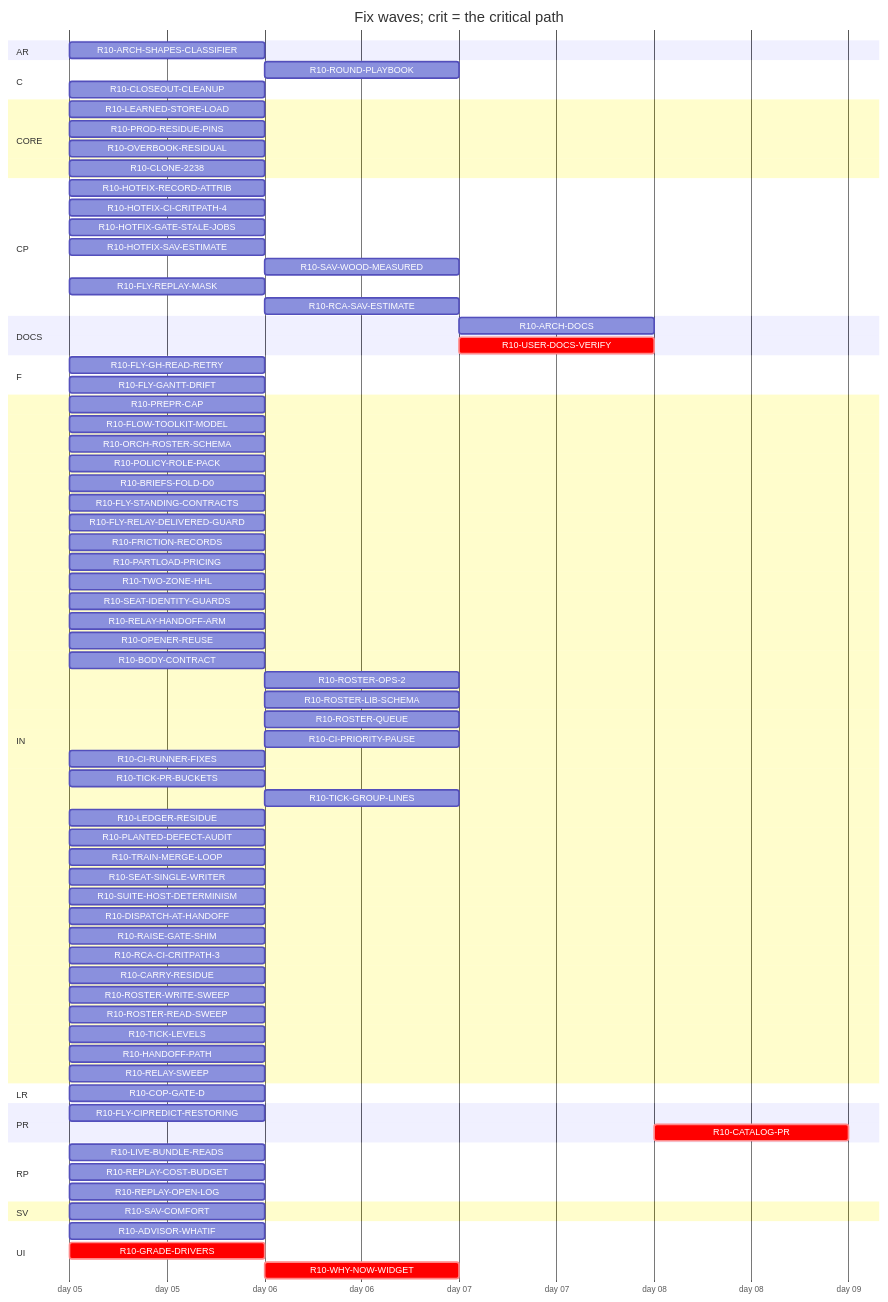
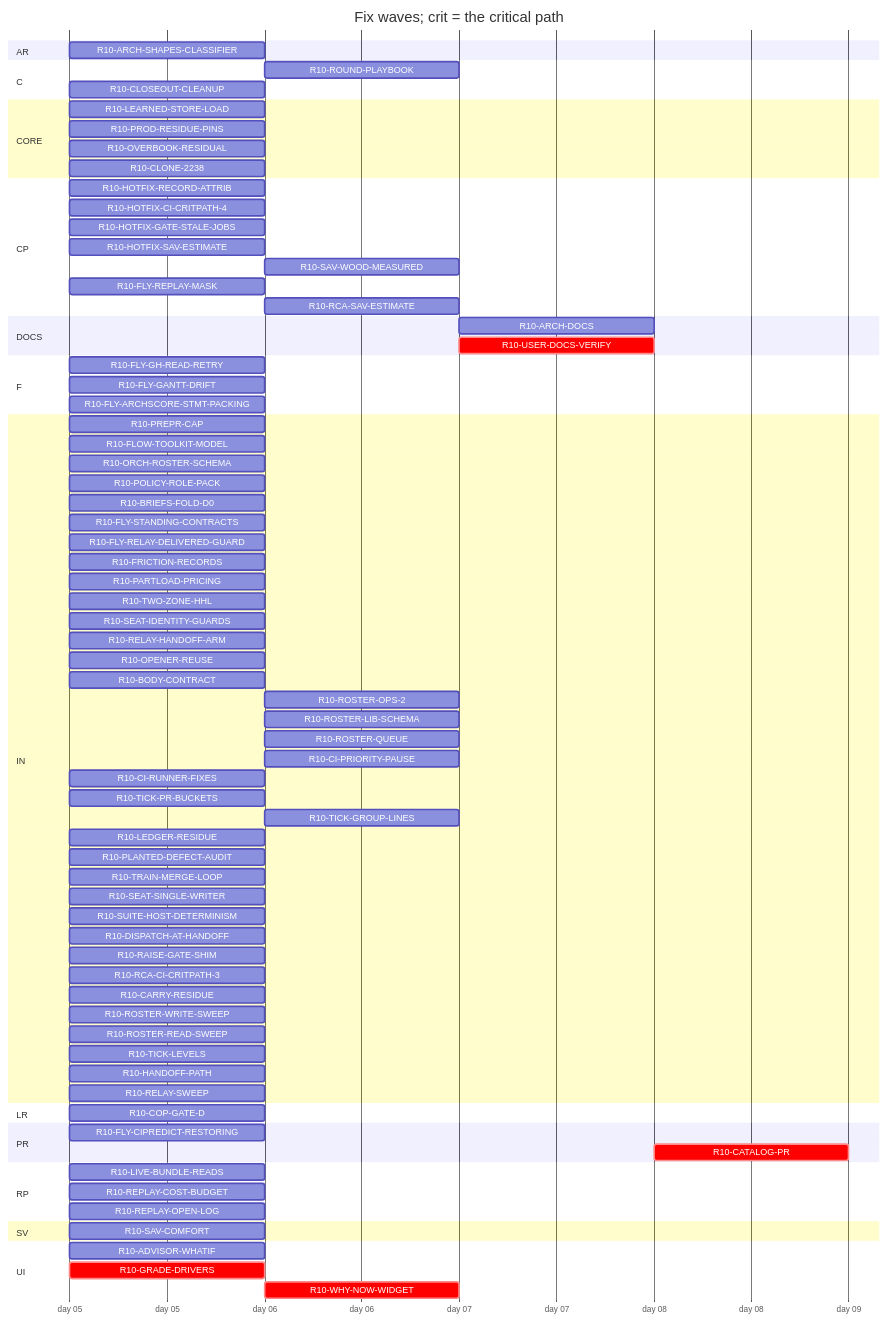
One commit to tvofi/heatpump_optimizer changed the diagram in handoff/round10/state/PLAN-TABLE.md. Above: the diagram before and after it, drawn with Mermaid. The commit also changed other lines of this file and 4 other files, not shown here.

Commit message:
state: FLOW-BOARD.md, NEXT-SESSION-PROMPT.md, PLAN-TABLE.md, PLAN.html, RESUME-CURRENT.md regenerated (state_docs.py)

````diff
--- a/handoff/round10/state/PLAN-TABLE.md
+++ b/handoff/round10/state/PLAN-TABLE.md
@@ -25,81 +25,82 @@
 ```mermaid
 gantt
   title Fix waves; crit = the critical path
   dateFormat YYYY-MM-DD
   axisFormat day %d
   section AR
     R10-ARCH-SHAPES-CLASSIFIER :r10ARCHSHAPESCLASSIFIER, 2026-01-05, 1d
   section C
     R10-ROUND-PLAYBOOK :r10ROUNDPLAYBOOK, after r10PREPRCAP r10HANDOFFPATH r10RELAYSWEEP r10TRAINMERGELOOP r10DISPATCHATHANDOFF r10BODYCONTRACT r10TICKLEVELS r10CIPRIORITYPAUSE r10ROSTERWRITESWEEP r10ROSTERREADSWEEP r10FLYSTANDINGCONTRACTS r10POLICYROLEPACK r10FRICTIONRECORDS r10FLOWTOOLKITMODEL r10SEATIDENTITYGUARDS r10LEDGERRESIDUE r10CIRUNNERFIXES r10FLYCIPREDICTRESTORING r10RAISEGATESHIM r10PLANTEDDEFECTAUDIT r10FLYGHREADRETRY r10SUITEHOSTDETERMINISM, 1d
     R10-CLOSEOUT-CLEANUP :r10CLOSEOUTCLEANUP, 2026-01-05, 1d
   section CORE
     R10-LEARNED-STORE-LOAD :r10LEARNEDSTORELOAD, 2026-01-05, 1d
     R10-PROD-RESIDUE-PINS :r10PRODRESIDUEPINS, 2026-01-05, 1d
     R10-OVERBOOK-RESIDUAL :r10OVERBOOKRESIDUAL, 2026-01-05, 1d
     R10-CLONE-2238 :r10CLONE2238, 2026-01-05, 1d
   section CP
     R10-HOTFIX-RECORD-ATTRIB :r10HOTFIXRECORDATTRIB, 2026-01-05, 1d
     R10-HOTFIX-CI-CRITPATH-4 :r10HOTFIXCICRITPATH4, 2026-01-05, 1d
     R10-HOTFIX-GATE-STALE-JOBS :r10HOTFIXGATESTALEJOBS, 2026-01-05, 1d
     R10-HOTFIX-SAV-ESTIMATE :r10HOTFIXSAVESTIMATE, 2026-01-05, 1d
     R10-SAV-WOOD-MEASURED :r10SAVWOODMEASURED, after r10HOTFIXSAVESTIMATE, 1d
     R10-FLY-REPLAY-MASK :r10FLYREPLAYMASK, 2026-01-05, 1d
     R10-RCA-SAV-ESTIMATE :r10RCASAVESTIMATE, after r10HOTFIXSAVESTIMATE, 1d
   section DOCS
     R10-ARCH-DOCS :r10ARCHDOCS, after r10CARRYRESIDUE r10OVERBOOKRESIDUAL r10CLONE2238 r10SAVCOMFORT r10COPGATED r10GRADEDRIVERS r10WHYNOWWIDGET r10PARTLOADPRICING r10TWOZONEHHL r10ARCHSHAPESCLASSIFIER r10ADVISORWHATIF r10LEARNEDSTORELOAD r10PRODRESIDUEPINS r10LIVEBUNDLEREADS r10REPLAYCOSTBUDGET r10REPLAYOPENLOG r10PREPRCAP r10HANDOFFPATH r10RELAYSWEEP r10TRAINMERGELOOP r10DISPATCHATHANDOFF r10BODYCONTRACT r10TICKLEVELS r10CIPRIORITYPAUSE r10ROSTERWRITESWEEP r10ROSTERREADSWEEP r10FLYSTANDINGCONTRACTS r10POLICYROLEPACK r10FRICTIONRECORDS r10FLOWTOOLKITMODEL r10SEATIDENTITYGUARDS r10LEDGERRESIDUE r10CIRUNNERFIXES r10FLYCIPREDICTRESTORING r10RAISEGATESHIM r10PLANTEDDEFECTAUDIT r10FLYGHREADRETRY r10SUITEHOSTDETERMINISM, 1d
     R10-USER-DOCS-VERIFY :crit, r10USERDOCSVERIFY, after r10CARRYRESIDUE r10OVERBOOKRESIDUAL r10CLONE2238 r10SAVCOMFORT r10COPGATED r10GRADEDRIVERS r10WHYNOWWIDGET r10PARTLOADPRICING r10TWOZONEHHL r10ARCHSHAPESCLASSIFIER r10ADVISORWHATIF r10LEARNEDSTORELOAD r10PRODRESIDUEPINS r10LIVEBUNDLEREADS r10REPLAYCOSTBUDGET r10REPLAYOPENLOG, 1d
   section F
     R10-FLY-GH-READ-RETRY :r10FLYGHREADRETRY, 2026-01-05, 1d
     R10-FLY-GANTT-DRIFT :r10FLYGANTTDRIFT, 2026-01-05, 1d
+    R10-FLY-ARCHSCORE-STMT-PACKING :r10FLYARCHSCORESTMTPACKING, 2026-01-05, 1d
   section IN
     R10-PREPR-CAP :r10PREPRCAP, 2026-01-05, 1d
     R10-FLOW-TOOLKIT-MODEL :r10FLOWTOOLKITMODEL, 2026-01-05, 1d
     R10-ORCH-ROSTER-SCHEMA :r10ORCHROSTERSCHEMA, 2026-01-05, 1d
     R10-POLICY-ROLE-PACK :r10POLICYROLEPACK, 2026-01-05, 1d
     R10-BRIEFS-FOLD-D0 :r10BRIEFSFOLDD0, 2026-01-05, 1d
     R10-FLY-STANDING-CONTRACTS :r10FLYSTANDINGCONTRACTS, 2026-01-05, 1d
     R10-FLY-RELAY-DELIVERED-GUARD :r10FLYRELAYDELIVEREDGUARD, 2026-01-05, 1d
     R10-FRICTION-RECORDS :r10FRICTIONRECORDS, 2026-01-05, 1d
     R10-PARTLOAD-PRICING :r10PARTLOADPRICING, 2026-01-05, 1d
     R10-TWO-ZONE-HHL :r10TWOZONEHHL, 2026-01-05, 1d
     R10-SEAT-IDENTITY-GUARDS :r10SEATIDENTITYGUARDS, 2026-01-05, 1d
     R10-RELAY-HANDOFF-ARM :r10RELAYHANDOFFARM, 2026-01-05, 1d
     R10-OPENER-REUSE :r10OPENERREUSE, 2026-01-05, 1d
     R10-BODY-CONTRACT :r10BODYCONTRACT, 2026-01-05, 1d
     R10-ROSTER-OPS-2 :r10ROSTEROPS2, after r10ORCHROSTERSCHEMA, 1d
     R10-ROSTER-LIB-SCHEMA :r10ROSTERLIBSCHEMA, after r10ORCHROSTERSCHEMA, 1d
     R10-ROSTER-QUEUE :r10ROSTERQUEUE, after r10ORCHROSTERSCHEMA, 1d
     R10-CI-PRIORITY-PAUSE :r10CIPRIORITYPAUSE, after r10TICKLEVELS, 1d
     R10-CI-RUNNER-FIXES :r10CIRUNNERFIXES, 2026-01-05, 1d
     R10-TICK-PR-BUCKETS :r10TICKPRBUCKETS, 2026-01-05, 1d
     R10-TICK-GROUP-LINES :r10TICKGROUPLINES, after r10ORCHROSTERSCHEMA, 1d
     R10-LEDGER-RESIDUE :r10LEDGERRESIDUE, 2026-01-05, 1d
     R10-PLANTED-DEFECT-AUDIT :r10PLANTEDDEFECTAUDIT, 2026-01-05, 1d
     R10-TRAIN-MERGE-LOOP :r10TRAINMERGELOOP, 2026-01-05, 1d
     R10-SEAT-SINGLE-WRITER :r10SEATSINGLEWRITER, 2026-01-05, 1d
     R10-SUITE-HOST-DETERMINISM :r10SUITEHOSTDETERMINISM, 2026-01-05, 1d
     R10-DISPATCH-AT-HANDOFF :r10DISPATCHATHANDOFF, 2026-01-05, 1d
     R10-RAISE-GATE-SHIM :r10RAISEGATESHIM, 2026-01-05, 1d
     R10-RCA-CI-CRITPATH-3 :r10RCACICRITPATH3, 2026-01-05, 1d
     R10-CARRY-RESIDUE :r10CARRYRESIDUE, 2026-01-05, 1d
     R10-ROSTER-WRITE-SWEEP :r10ROSTERWRITESWEEP, 2026-01-05, 1d
     R10-ROSTER-READ-SWEEP :r10ROSTERREADSWEEP, 2026-01-05, 1d
     R10-TICK-LEVELS :r10TICKLEVELS, 2026-01-05, 1d
     R10-HANDOFF-PATH :r10HANDOFFPATH, 2026-01-05, 1d
     R10-RELAY-SWEEP :r10RELAYSWEEP, 2026-01-05, 1d
   section LR
     R10-COP-GATE-D :r10COPGATED, 2026-01-05, 1d
   section PR
     R10-FLY-CIPREDICT-RESTORING :r10FLYCIPREDICTRESTORING, 2026-01-05, 1d
     R10-CATALOG-PR :crit, r10CATALOGPR, after r10USERDOCSVERIFY r10ARCHDOCS r10ROUNDPLAYBOOK r10CLOSEOUTCLEANUP, 1d
   section RP
     R10-LIVE-BUNDLE-READS :r10LIVEBUNDLEREADS, 2026-01-05, 1d
     R10-REPLAY-COST-BUDGET :r10REPLAYCOSTBUDGET, 2026-01-05, 1d
     R10-REPLAY-OPEN-LOG :r10REPLAYOPENLOG, 2026-01-05, 1d
   section SV
     R10-SAV-COMFORT :r10SAVCOMFORT, 2026-01-05, 1d
   section UI
     R10-ADVISOR-WHATIF :r10ADVISORWHATIF, 2026-01-05, 1d
     R10-GRADE-DRIVERS :crit, r10GRADEDRIVERS, 2026-01-05, 1d
     R10-WHY-NOW-WIDGET :crit, r10WHYNOWWIDGET, after r10GRADEDRIVERS, 1d
 ```
````
